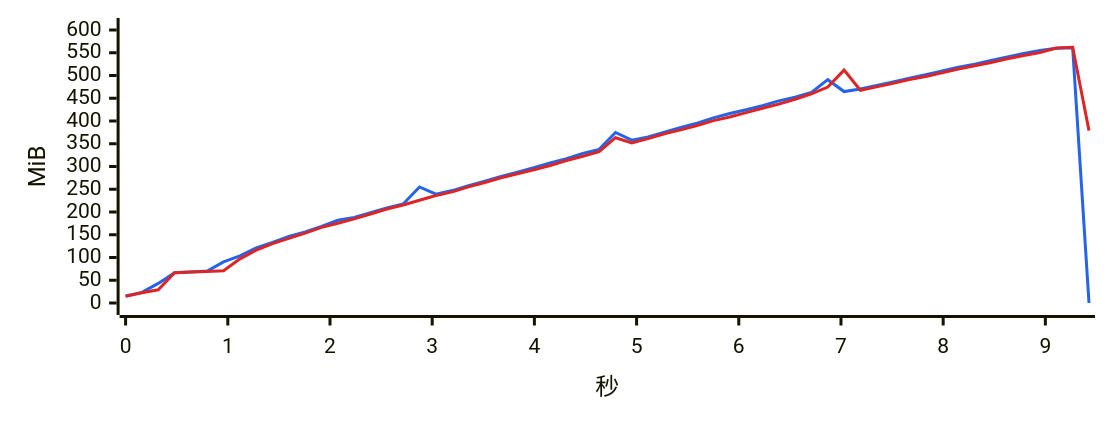
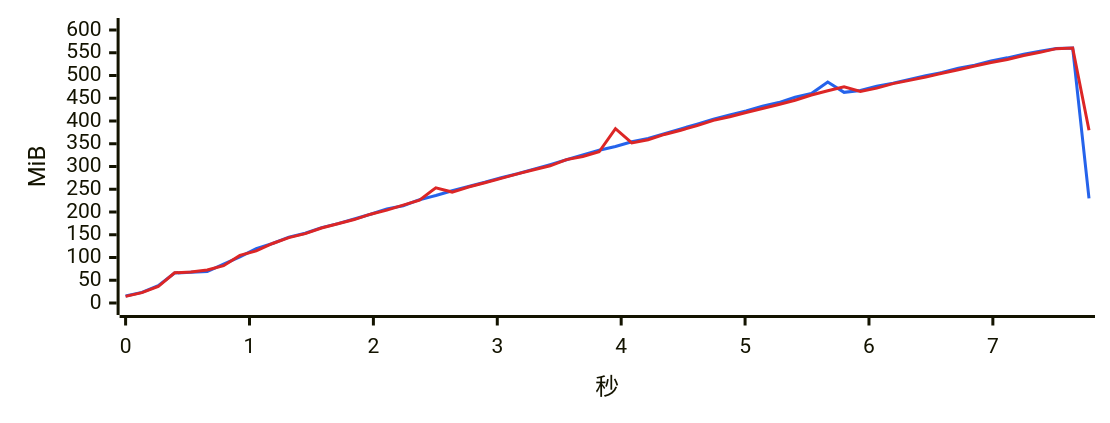
The fourth of 17 diagrams in bench/v2.0.0/summary.md (334456777/WeFlow), drawn with Mermaid before and after one commit. The commit also changed other lines of this file and 3 other files, not shown here.

````diff
--- a/bench/v2.0.0/summary.md
+++ b/bench/v2.0.0/summary.md
@@ -323,8 +320,8 @@
 ```mermaid
 %%{init: {"xyChart": {"width": 720, "height": 260}, "themeVariables": {"xyChart": {"plotColorPalette": "#2563eb, #dc2626"}}}}%%
 xychart-beta
-    x-axis "秒" 0 --> 9.427
+    x-axis "秒" 0 --> 7.776
     y-axis "MiB" 0 --> 600
-    line [15.2, 23.3, 43.0, 66.6, 68.2, 70.1, 90.3, 103.7, 121.2, 133.3, 146.4, 156.4, 168.2, 181.7, 187.8, 198.6, 209.1, 217.7, 255.1, 239.2, 247.1, 257.9, 267.6, 278.0, 287.3, 297.2, 308.0, 317.3, 328.8, 337.7, 374.8, 358.0, 364.8, 375.2, 385.8, 395.0, 406.8, 416.5, 424.9, 433.5, 444.3, 452.1, 462.9, 490.8, 464.7, 470.2, 478.1, 486.0, 494.0, 501.9, 509.9, 518.4, 524.9, 533.2, 540.9, 548.3, 555.2, 559.8, 560.9, 0.0]
-    line [14.6, 22.7, 28.9, 66.3, 67.9, 69.4, 70.9, 97.1, 116.1, 130.5, 141.9, 153.7, 166.2, 175.4, 184.8, 195.5, 206.5, 215.3, 225.8, 236.0, 244.3, 255.2, 264.7, 275.3, 283.9, 292.9, 302.3, 313.1, 322.6, 332.6, 363.3, 351.9, 361.3, 372.0, 380.5, 390.2, 400.8, 408.7, 418.5, 428.1, 437.0, 447.8, 459.8, 474.7, 511.8, 467.6, 475.0, 482.7, 491.3, 498.0, 505.9, 514.1, 521.4, 528.5, 536.8, 544.1, 550.5, 560.2, 561.9, 378.8]
+    line [15.2, 23.3, 38.1, 65.8, 67.5, 69.2, 85.5, 101.2, 119.5, 130.8, 144.9, 153.3, 165.6, 174.5, 184.6, 195.1, 206.9, 213.7, 227.0, 236.4, 246.7, 256.2, 265.3, 275.4, 284.1, 294.2, 304.1, 314.8, 325.5, 335.9, 344.1, 354.4, 361.7, 372.0, 382.7, 393.1, 404.2, 413.4, 422.2, 432.6, 440.5, 452.1, 460.3, 485.5, 463.0, 466.9, 476.5, 483.2, 491.4, 499.7, 506.6, 515.8, 522.4, 531.8, 538.8, 546.7, 553.2, 559.3, 560.4, 230.0]
+    line [14.6, 22.7, 36.2, 66.4, 67.9, 72.7, 82.0, 104.7, 114.6, 130.8, 143.6, 152.4, 164.7, 174.1, 183.4, 195.2, 204.1, 215.1, 226.0, 253.2, 243.8, 254.9, 264.2, 274.0, 283.7, 292.8, 301.5, 315.1, 322.1, 332.3, 383.0, 351.9, 358.8, 370.5, 379.7, 389.9, 401.4, 409.3, 418.7, 427.4, 436.4, 445.5, 457.1, 466.6, 475.4, 464.8, 472.3, 482.2, 489.3, 496.5, 505.1, 512.7, 520.8, 528.4, 535.2, 543.9, 550.9, 559.0, 560.4, 379.5]
 ```
````
